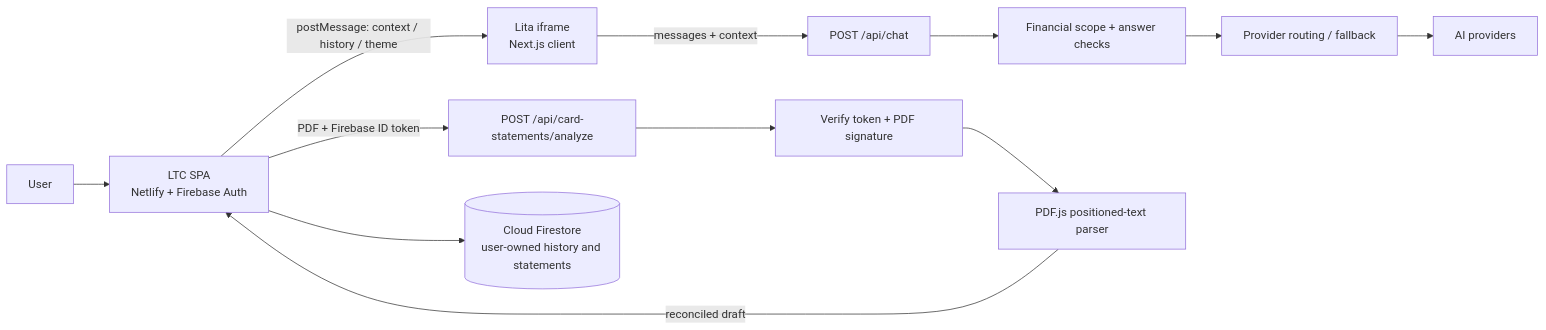
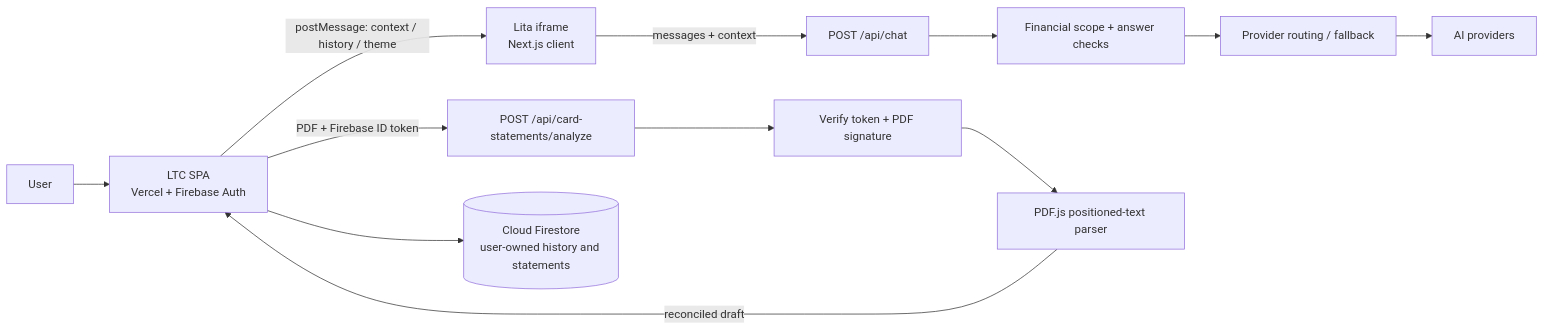
The first of 2 diagrams in README.md (franciscofunes/lita-assitant), drawn with Mermaid before and after one commit. The commit also changed other lines of this file, not shown here.

Commit message:
docs: surface local PNG financial reports in main READMEs

```diff
--- a/README.md
+++ b/README.md
@@ -13,14 +13,14 @@
 ~~~mermaid
 flowchart LR
-    Person["User"] --> LTC["LTC SPA<br/>Netlify + Firebase Auth"]
+    Person["User"] --> LTC["LTC SPA<br/>Vercel + Firebase Auth"]
     LTC -- "postMessage: context / history / theme" --> Frame["Lita iframe<br/>Next.js client"]
     Frame -- "messages + context" --> Chat["POST /api/chat"]
     Chat --> Policy["Financial scope + answer checks"]
     Policy --> Router["Provider routing / fallback"]
     Router --> Models["AI providers"]
     LTC -- "PDF + Firebase ID token" --> PDF["POST /api/card-statements/analyze"]
     PDF --> Verify["Verify token + PDF signature"]
     Verify --> Parse["PDF.js positioned-text parser"]
     Parse -- "reconciled draft" --> LTC
     LTC --> DB[("Cloud Firestore<br/>user-owned history and statements")]
 ~~~
```
